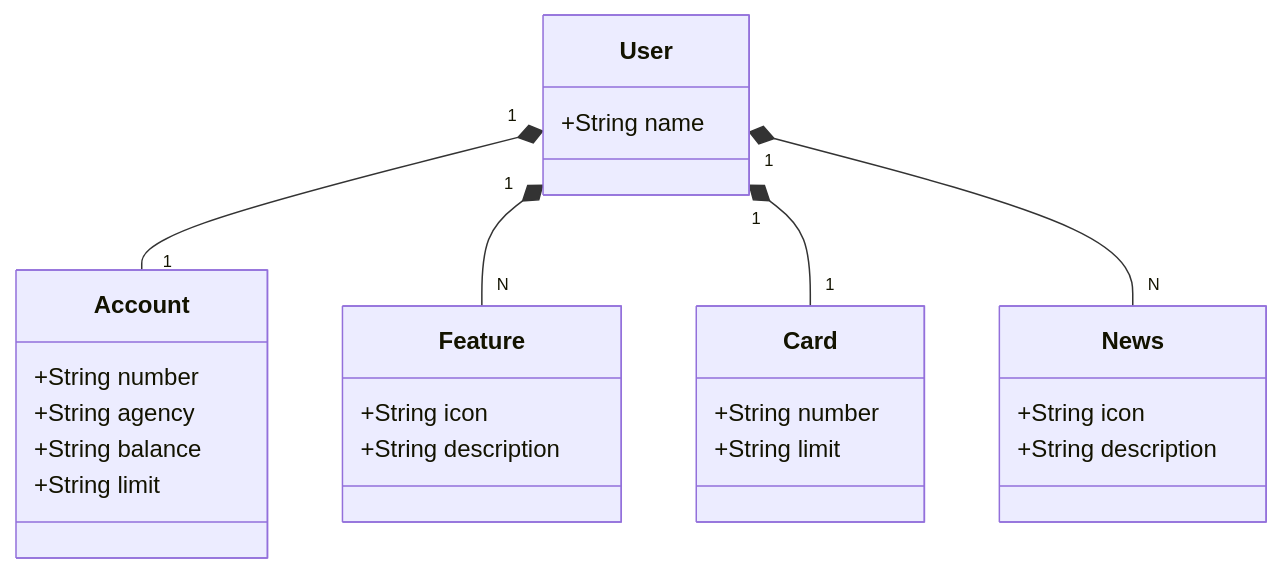
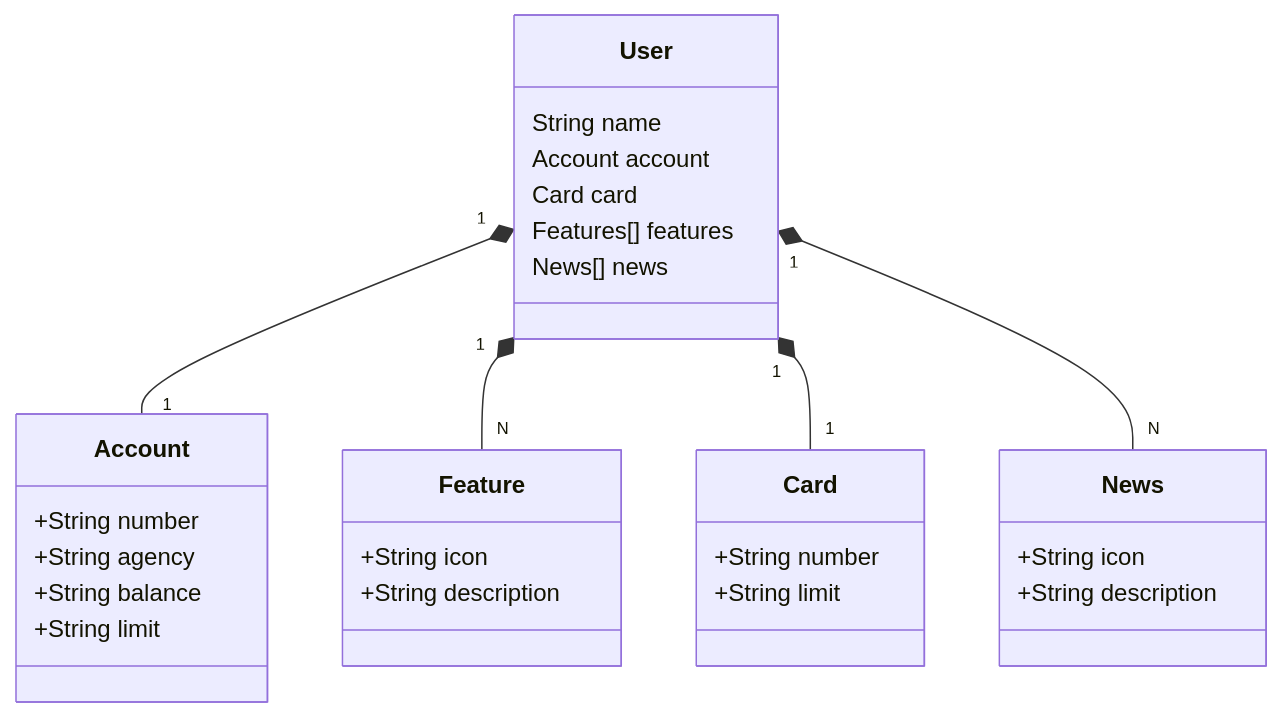
Before and after one commit to LucasB0nnet/Santander-dev-week: the diagram in README.md, drawn with Mermaid.

````diff
--- a/README.md
+++ b/README.md
@@ -6,33 +6,37 @@
 ```mermaid
 classDiagram
   class User {
-    +String name
+    String name
+    Account account
+    Card card
+    Features[] features
+    News[] news
   }
 
   class Account {
     +String number
     +String agency
     +String balance
     +String limit
   }
 
   class Feature {
     +String icon
     +String description
   }
 
   class Card {
     +String number
     +String limit
   }
 
   class News {
     +String icon
     +String description
   }
 
   User "1" *-- "1" Account
   User "1" *-- "N" Feature
   User "1" *-- "1" Card
   User "1" *-- "N" News
 ```
````
